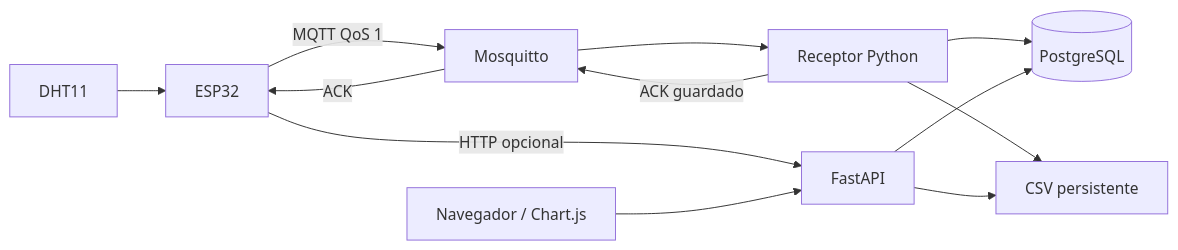
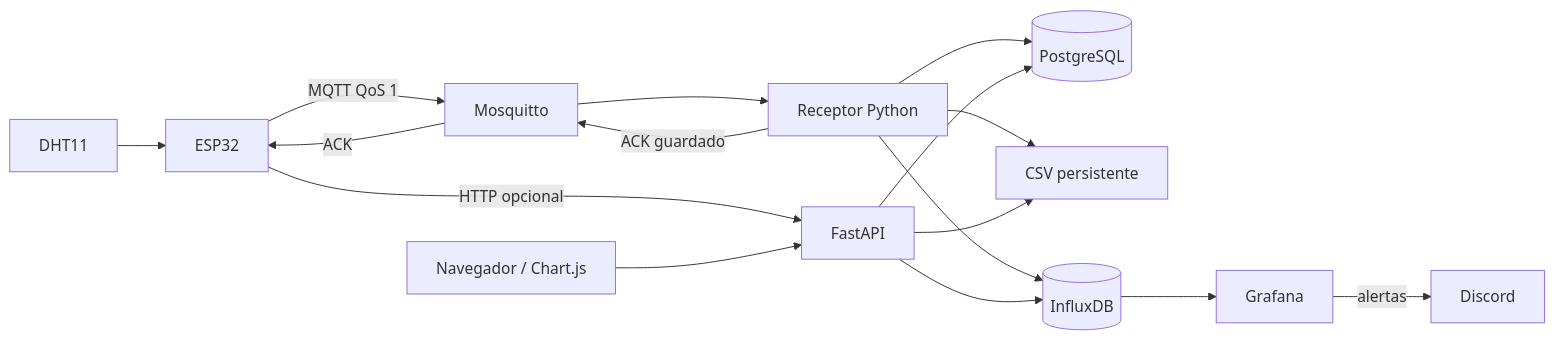
The diagram in docs/architecture.md (didcasva/Actividad_1_IoT_IA), drawn with Mermaid before and after one commit. The commit also changed other lines of this file and 30 other files, not shown here.

First line of the commit message:
Actividad 2: InfluxDB, Grafana y alertas

````diff
--- a/docs/architecture.md
+++ b/docs/architecture.md
@@ -5,14 +5,18 @@
 ```mermaid
 flowchart LR
   DHT11 --> ESP32
   ESP32 -->|MQTT QoS 1| Broker[Mosquitto]
   Broker --> Worker[Receptor Python]
   Worker --> PG
   Worker --> CSV
+  Worker --> Influx[(InfluxDB)]
   Worker -->|ACK guardado| Broker
   Broker -->|ACK| ESP32
   ESP32 -->|HTTP opcional| API[FastAPI]
   API --> PG[(PostgreSQL)]
   API --> CSV[CSV persistente]
+  API --> Influx
+  Influx --> Grafana
+  Grafana -->|alertas| Discord
   Browser[Navegador / Chart.js] --> API
 ```
````
